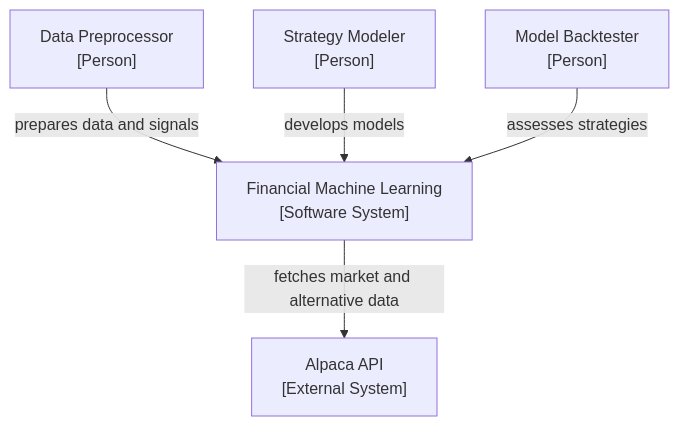
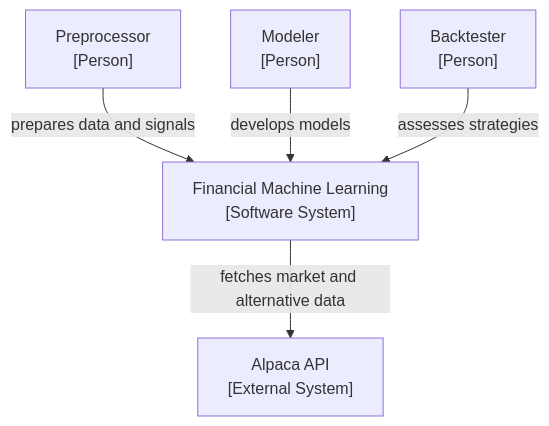
Before and after one commit to kwonjunhyuk9/financial-machine-learning: the first of 3 diagrams in docs/architecture.md, drawn with Mermaid. The commit also changed other lines of this file and 147 other files, not shown here.

````diff
--- a/docs/architecture.md
+++ b/docs/architecture.md
@@ -22,12 +22,12 @@
 ```mermaid
 flowchart TD
-    dp["Data Preprocessor<br/>[Person]"]
-    sm["Strategy Modeler<br/>[Person]"]
-    mb["Model Backtester<br/>[Person]"]
+    dp["Preprocessor<br/>[Person]"]
+    sm["Modeler<br/>[Person]"]
+    mb["Backtester<br/>[Person]"]
     alpaca["Alpaca API<br/>[External System]"]
     system["Financial Machine Learning<br/>[Software System]"]
     dp -->|" prepares data and signals "| system
     sm -->|" develops models "| system
     mb -->|" assesses strategies "| system
     system -->|" fetches market and alternative data "| alpaca
 ```
````
